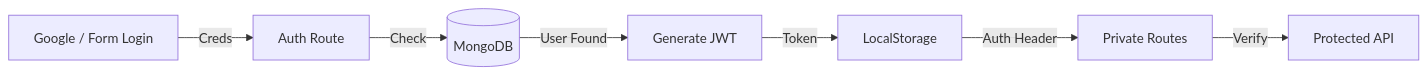
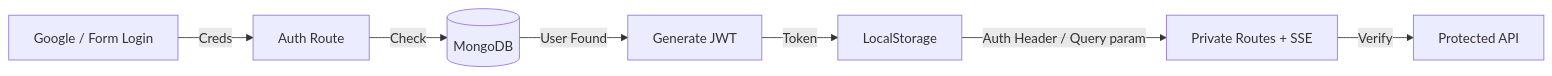
Before and after one commit to Sukesh-2006-cse/Job_Assistent: the fourth of 7 diagrams in README.md, drawn with Mermaid. The commit also changed other lines of this file and 19 other files, not shown here.

````diff
--- a/README.md
+++ b/README.md
@@ -58,9 +90,9 @@
 ```mermaid
 graph LR
     A[Google / Form Login] -->|Creds| B[Auth Route]
     B -->|Check| C[(MongoDB)]
     C -->|User Found| D[Generate JWT]
     D -->|Token| E[LocalStorage]
-    E -->|Auth Header| F[Private Routes]
+    E -->|Auth Header / Query param| F[Private Routes + SSE]
     F -->|Verify| G[Protected API]
 ```
````
